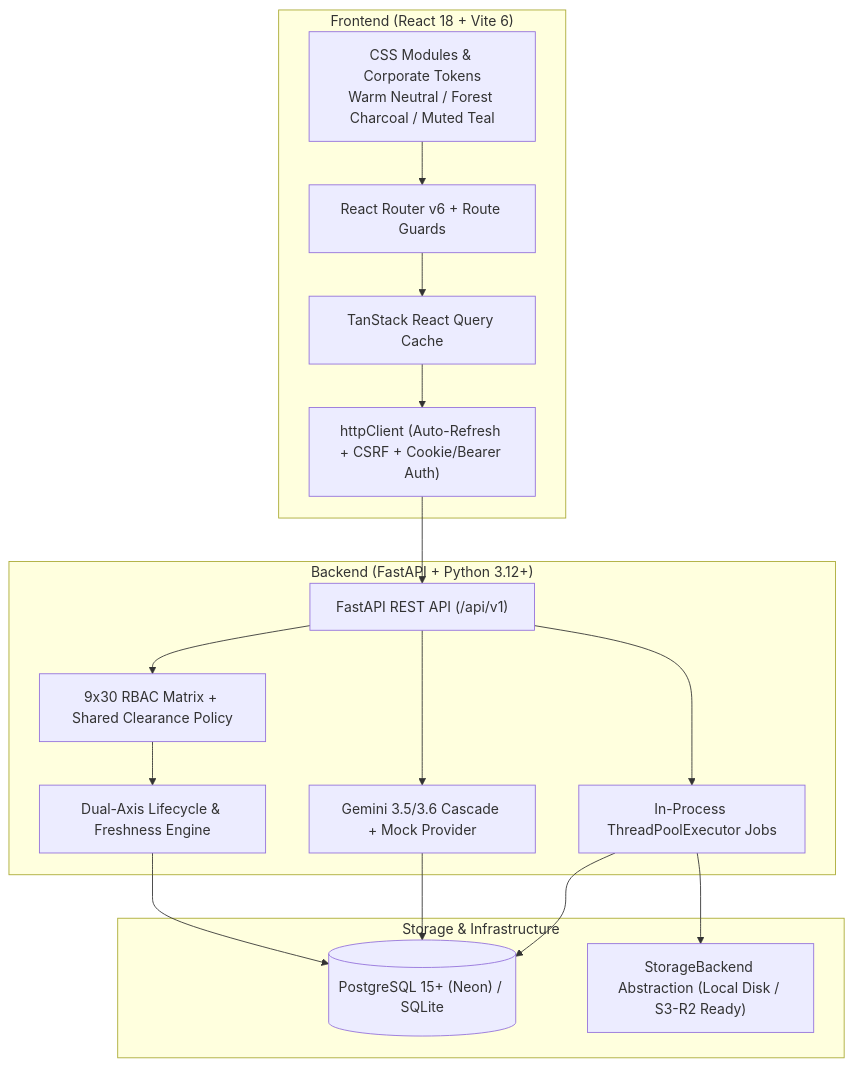
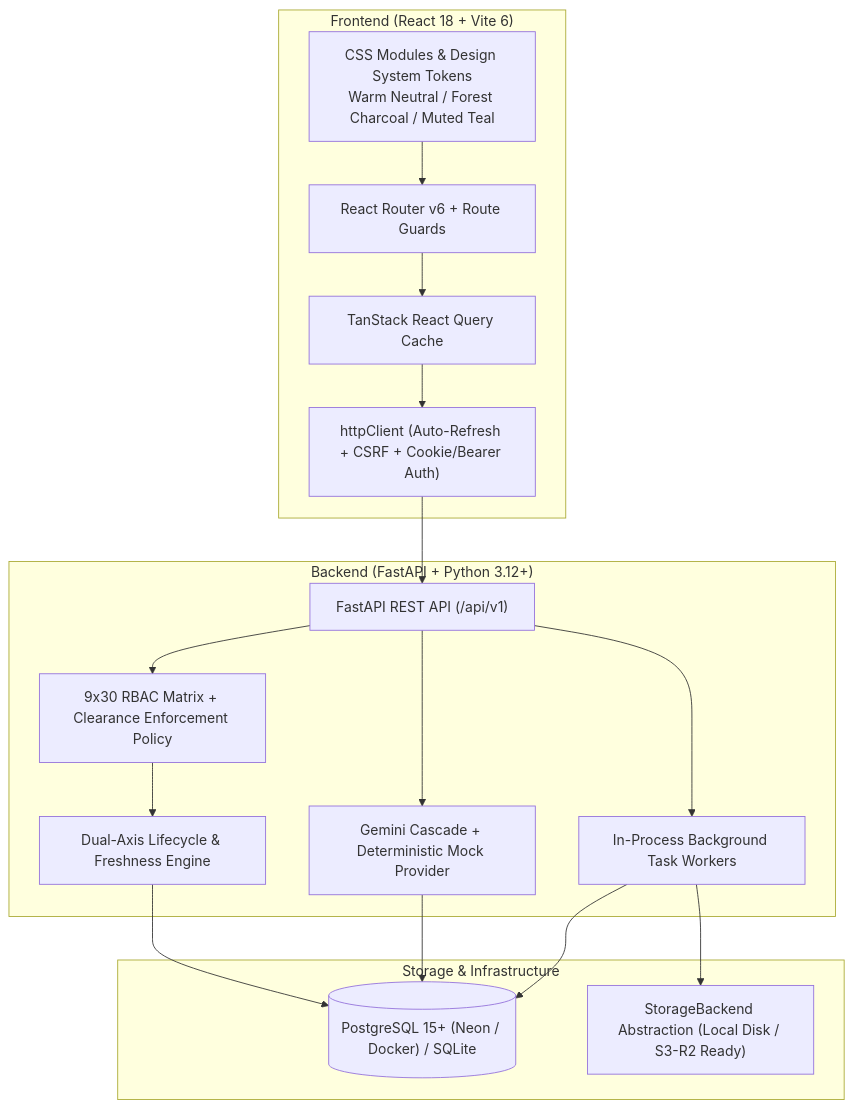
Before and after one commit to EhsaasBhalla/HandoffScope: the diagram in README.md, drawn with Mermaid. The commit also changed other lines of this file and 4 other files, not shown here.

````diff
--- a/README.md
+++ b/README.md
@@ -42,28 +52,28 @@
 ```mermaid
 flowchart TD
     subgraph Frontend["Frontend (React 18 + Vite 6)"]
-        UI["CSS Modules & Corporate Tokens<br/>Warm Neutral / Forest Charcoal / Muted Teal"]
+        UI["CSS Modules & Design System Tokens<br/>Warm Neutral / Forest Charcoal / Muted Teal"]
         Router["React Router v6 + Route Guards"]
         Query["TanStack React Query Cache"]
         Client["httpClient (Auto-Refresh + CSRF + Cookie/Bearer Auth)"]
     end
 
     subgraph Backend["Backend (FastAPI + Python 3.12+)"]
         API["FastAPI REST API (/api/v1)"]
-        RBAC["9x30 RBAC Matrix + Shared Clearance Policy"]
+        RBAC["9x30 RBAC Matrix + Clearance Enforcement Policy"]
         SM["Dual-Axis Lifecycle & Freshness Engine"]
-        AI["Gemini 3.5/3.6 Cascade + Mock Provider"]
-        Jobs["In-Process ThreadPoolExecutor Jobs"]
+        AI["Gemini Cascade + Deterministic Mock Provider"]
+        Workers["In-Process Background Task Workers"]
     end
 
     subgraph Storage["Storage & Infrastructure"]
-        DB[("PostgreSQL 15+ (Neon) / SQLite")]
+        DB[("PostgreSQL 15+ (Neon / Docker) / SQLite")]
         Files["StorageBackend Abstraction (Local Disk / S3-R2 Ready)"]
     end
 
     UI --> Router --> Query --> Client --> API
     API --> RBAC --> SM --> DB
     API --> AI --> DB
-    API --> Jobs --> DB
-    Jobs --> Files
+    API --> Workers --> DB
+    Workers --> Files
 ```
````
